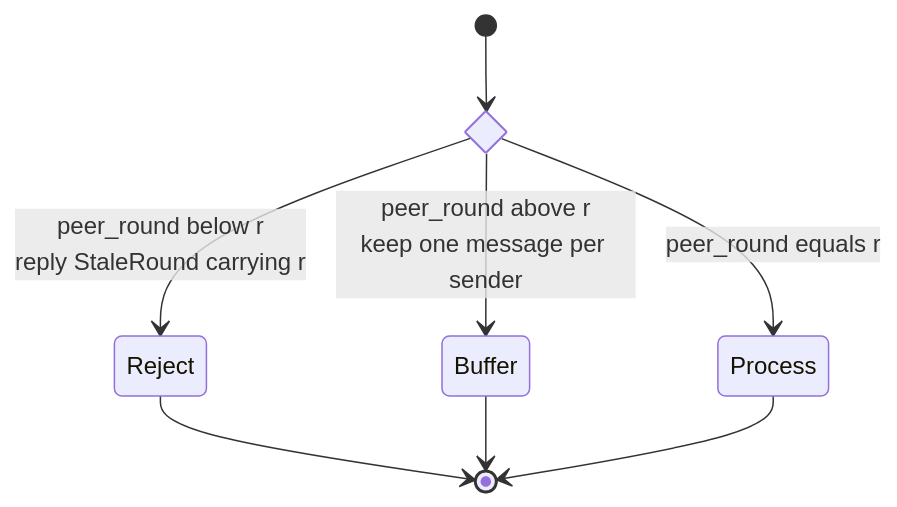
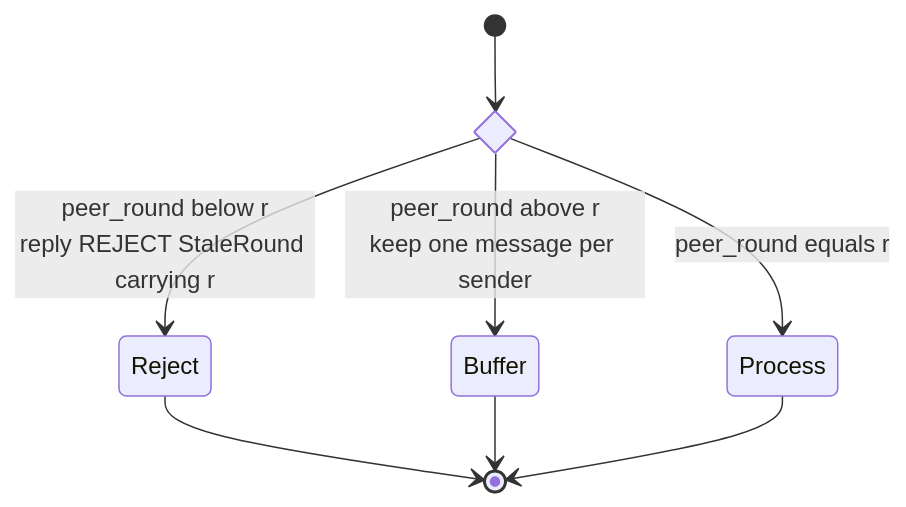
The fifth of 5 diagrams in doc/posit_state_machine.md (sig-net/mpc), drawn with Mermaid before and after one commit. The commit also changed other lines of this file, not shown here.

````diff
--- a/doc/posit_state_machine.md
+++ b/doc/posit_state_machine.md
@@ -135,11 +176,11 @@
 ```mermaid
 stateDiagram-v2
     state peer_round <<choice>>
     [*] --> peer_round
-    peer_round --> Reject: peer_round below r<br/>reply StaleRound carrying r
+    peer_round --> Reject: peer_round below r<br/>reply REJECT StaleRound carrying r
     peer_round --> Buffer: peer_round above r<br/>keep one message per sender
     peer_round --> Process: peer_round equals r
     Reject --> [*]
     Buffer --> [*]
     Process --> [*]
 ```
````
